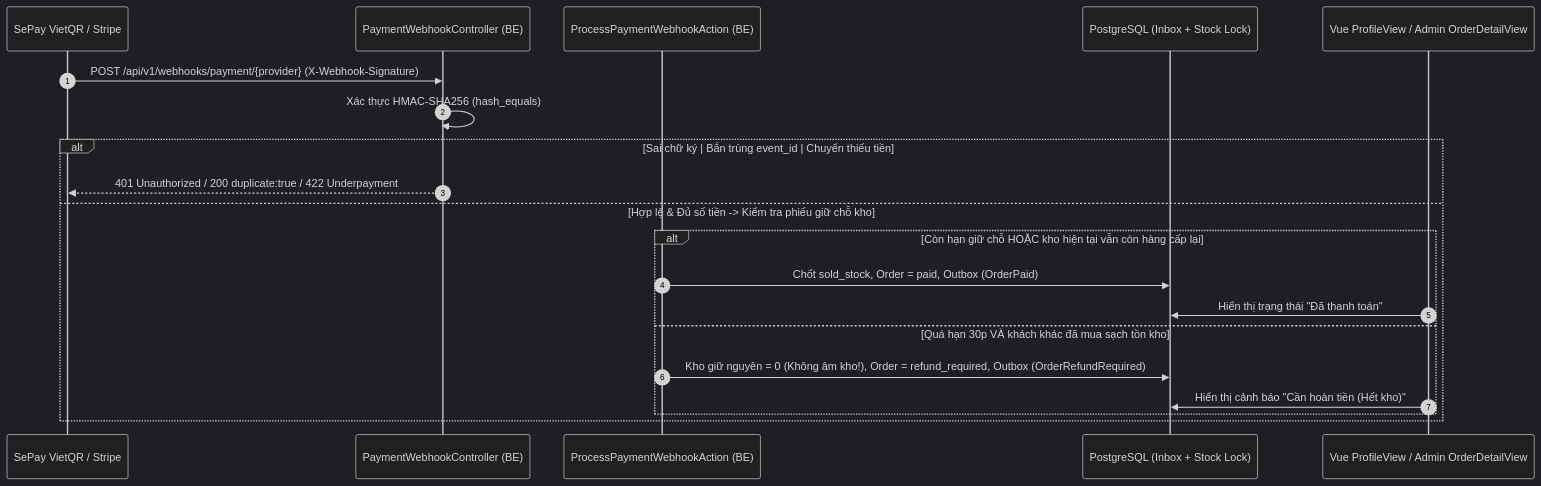
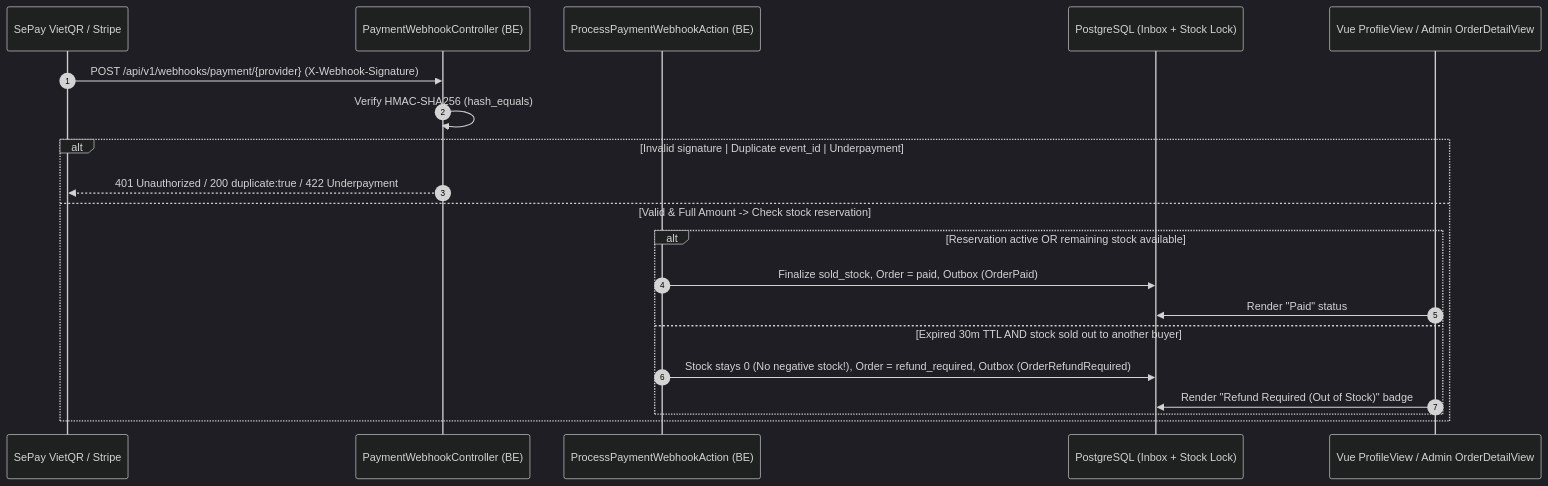
The third of 3 diagrams in README.md (nguynbon03/VueLaravelProject), drawn with Mermaid (dark theme) before and after one commit. The commit also changed other lines of this file and 36 other files, not shown here.

````diff
--- a/README.md
+++ b/README.md
@@ -118,23 +144,23 @@
 ```mermaid
 sequenceDiagram
     autonumber
     participant Bank as SePay VietQR / Stripe
     participant Ctrl as PaymentWebhookController (BE)
     participant Act as ProcessPaymentWebhookAction (BE)
     participant DB as PostgreSQL (Inbox + Stock Lock)
     participant UI as Vue ProfileView / Admin OrderDetailView
 
     Bank->>Ctrl: POST /api/v1/webhooks/payment/{provider} (X-Webhook-Signature)
-    Ctrl->>Ctrl: Xác thực HMAC-SHA256 (hash_equals)
-    alt Sai chữ ký | Bắn trùng event_id | Chuyển thiếu tiền
+    Ctrl->>Ctrl: Verify HMAC-SHA256 (hash_equals)
+    alt Invalid signature | Duplicate event_id | Underpayment
         Ctrl-->>Bank: 401 Unauthorized / 200 duplicate:true / 422 Underpayment
-    else Hợp lệ & Đủ số tiền -> Kiểm tra phiếu giữ chỗ kho
-        alt Còn hạn giữ chỗ HOẶC kho hiện tại vẫn còn hàng cấp lại
-            Act->>DB: Chốt sold_stock, Order = paid, Outbox (OrderPaid)
-            UI->>DB: Hiển thị trạng thái "Đã thanh toán"
-        else Quá hạn 30p VÀ khách khác đã mua sạch tồn kho
-            Act->>DB: Kho giữ nguyên = 0 (Không âm kho!), Order = refund_required, Outbox (OrderRefundRequired)
-            UI->>DB: Hiển thị cảnh báo "Cần hoàn tiền (Hết kho)"
+    else Valid & Full Amount -> Check stock reservation
+        alt Reservation active OR remaining stock available
+            Act->>DB: Finalize sold_stock, Order = paid, Outbox (OrderPaid)
+            UI->>DB: Render "Paid" status
+        else Expired 30m TTL AND stock sold out to another buyer
+            Act->>DB: Stock stays 0 (No negative stock!), Order = refund_required, Outbox (OrderRefundRequired)
+            UI->>DB: Render "Refund Required (Out of Stock)" badge
         end
     end
 ```
````
